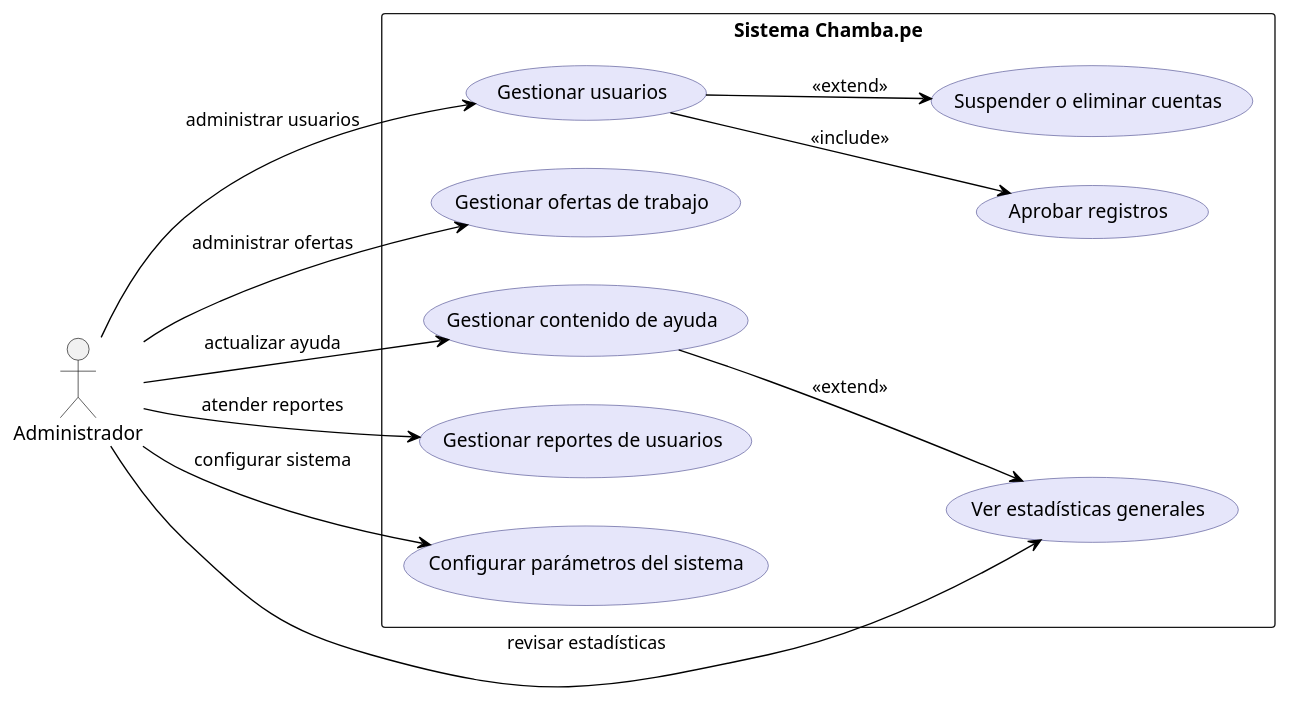
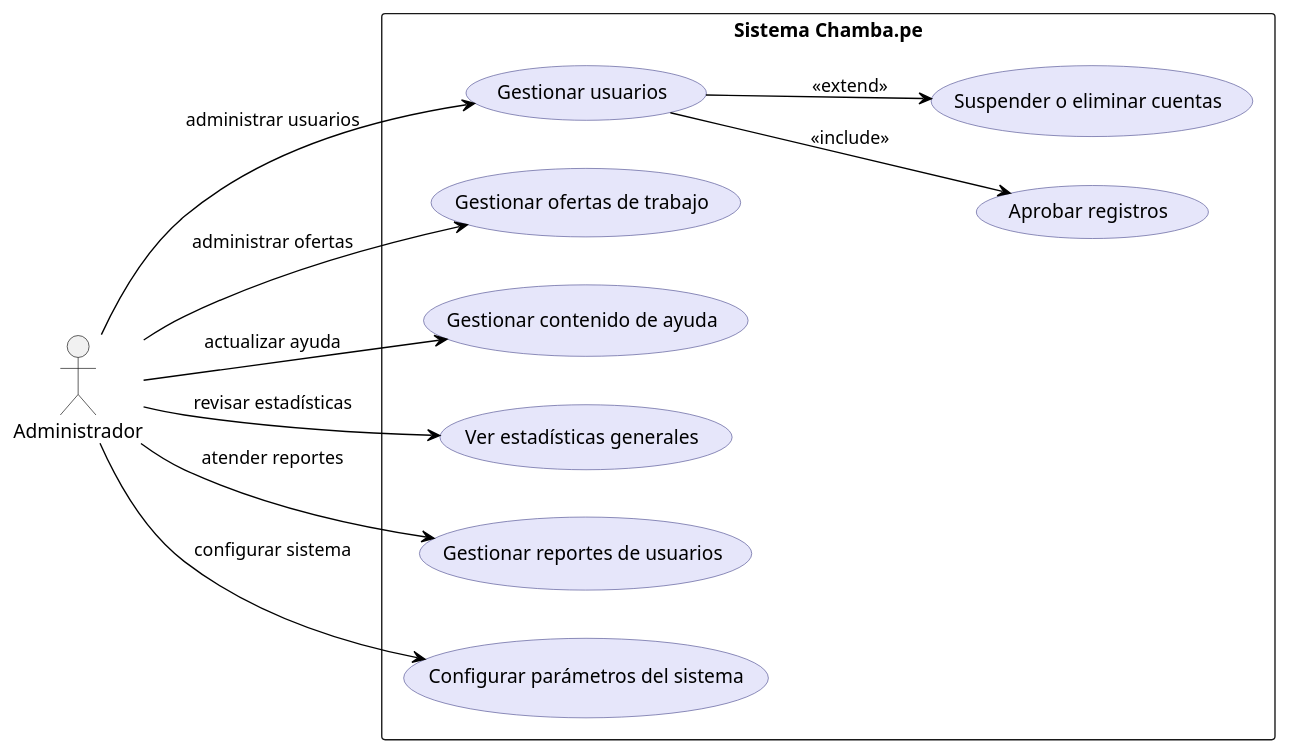
One commit to FarisR2/Champe.pe-Modelo-UML changed the diagram in administrador.puml. Above: the diagram before and after it, drawn with PlantUML.

Commit message:
Cambios en Administrador

```diff
--- a/administrador.puml
+++ b/administrador.puml
@@ -1,39 +1,39 @@
 @startuml uml
 left to right direction
 skinparam packageStyle rectangle
 skinparam backgroundColor #ffffff
 skinparam usecase {
   BackgroundColor #e6e6fa
   BorderColor #5a5a99
   ArrowColor Black
   FontColor Black
 }
 
 actor Administrador
 
 rectangle "Sistema Chamba.pe" {
   
   usecase "Gestionar usuarios" as UC01
   usecase "Aprobar registros" as UC02
   usecase "Gestionar ofertas de trabajo" as UC03
   usecase "Gestionar contenido de ayuda" as UC04
   usecase "Ver estadísticas generales" as UC05
   usecase "Gestionar reportes de usuarios" as UC06
   usecase "Configurar parámetros del sistema" as UC07
   usecase "Suspender o eliminar cuentas" as UC08
   
   ' Relaciones extend/include
   UC01 --> UC02 : <<include>>
   UC01 --> UC08 : <<extend>>
-  UC04 --> UC05 : <<extend>>
+  ' UC04 --> UC05 : <<extend>>   <-- Eliminada según tu indicación
 }
 
 ' Conexiones del actor
 Administrador --> UC01 : administrar usuarios
 Administrador --> UC03 : administrar ofertas
 Administrador --> UC04 : actualizar ayuda
 Administrador --> UC05 : revisar estadísticas
 Administrador --> UC06 : atender reportes
 Administrador --> UC07 : configurar sistema
 
 @enduml
```
